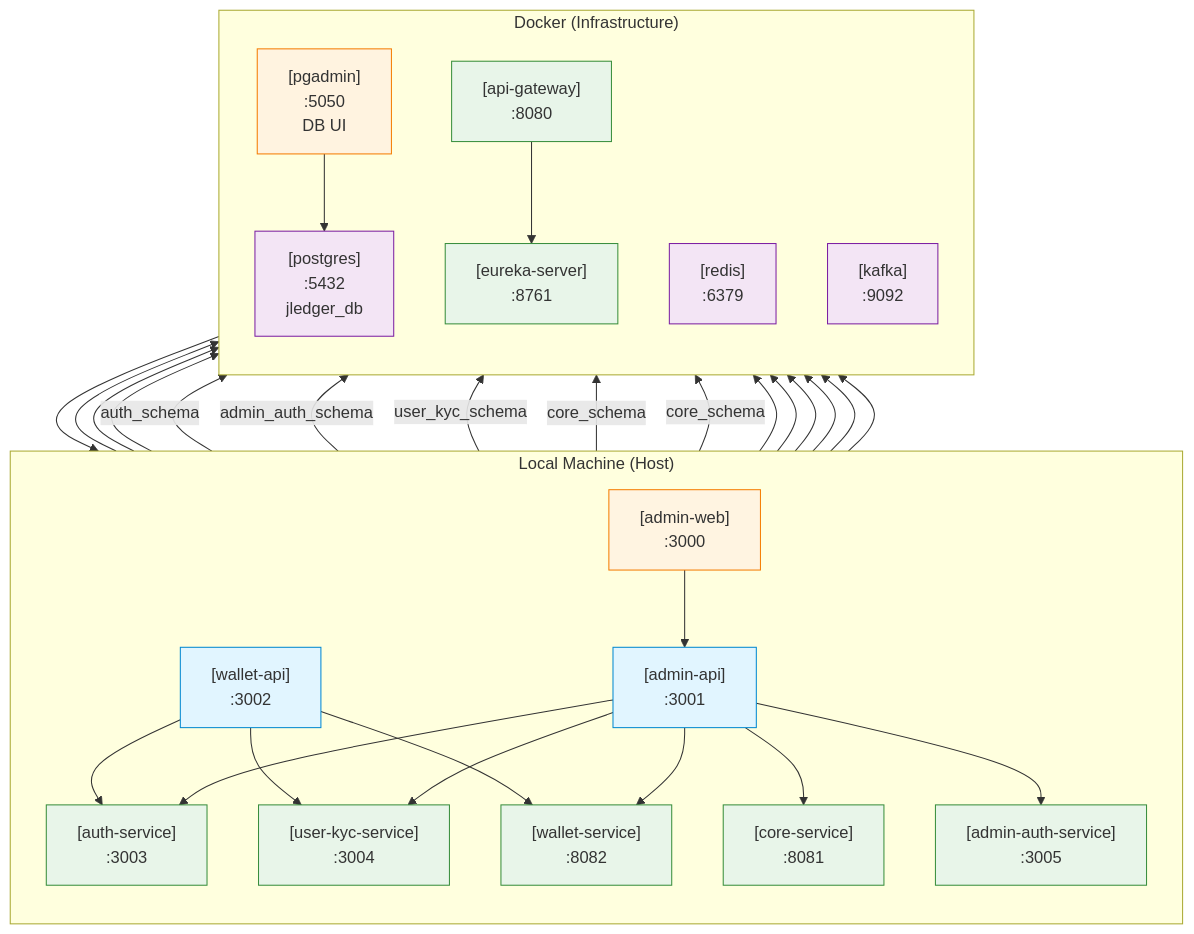
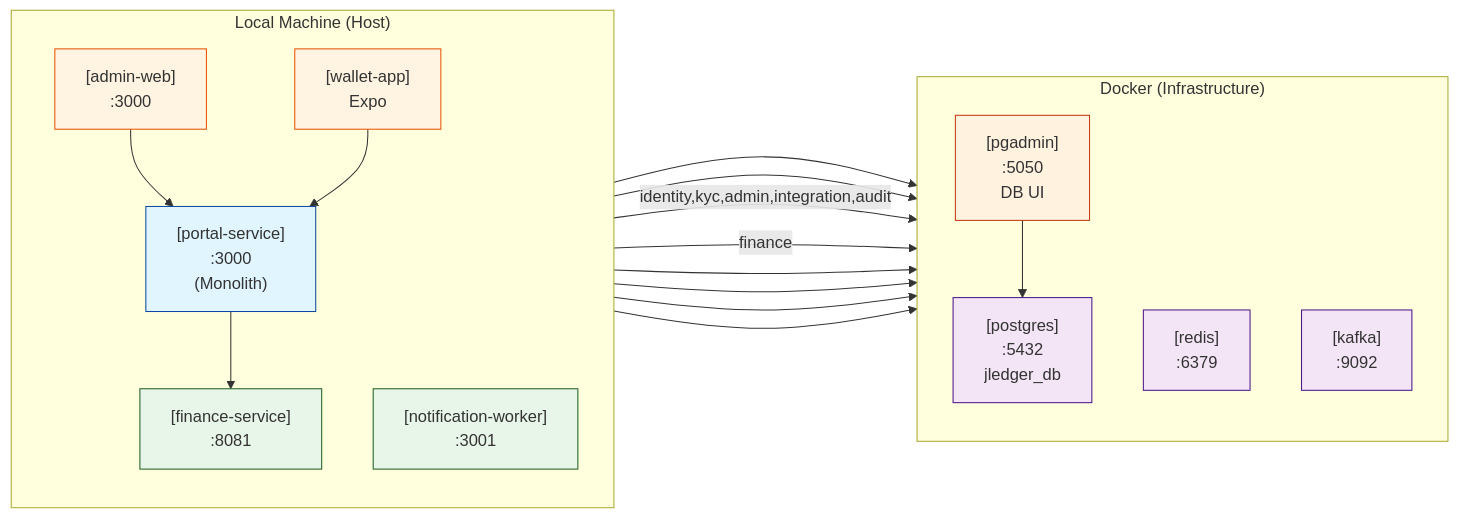
The first of 3 diagrams in network.md (wiiznu17/j-ledgar), drawn with Mermaid before and after one commit. The commit also changed other lines of this file and 45 other files, not shown here.

Commit message:
feat: implement internal auth security and scaffold new portal-service modules and controllers

````diff
--- a/network.md
+++ b/network.md
@@ -56,75 +48,49 @@
 ```mermaid
-graph TD
+graph LR
     subgraph "Local Machine (Host)"
         direction TB
         WEB["[admin-web]<br/>:3000"]
-        WAPI["[wallet-api]<br/>:3002"]
-        AAPI["[admin-api]<br/>:3001"]
-        AUTH["[auth-service]<br/>:3003"]
-        A_AUTH["[admin-auth-service]<br/>:3005"]
-        KYC["[user-kyc-service]<br/>:3004"]
-        CORE["[core-service]<br/>:8081"]
-        WALL["[wallet-service]<br/>:8082"]
+        APP["[wallet-app]<br/>Expo"]
+        PORTAL["[portal-service]<br/>:3000<br/>(Monolith)"]
+        FIN["[finance-service]<br/>:8081"]
+        WORK["[notification-worker]<br/>:3001"]
     end
 
     subgraph "Docker (Infrastructure)"
         direction TB
         PG["[postgres]<br/>:5432<br/>jledger_db"]
         REDIS["[redis]<br/>:6379"]
         KAFKA["[kafka]<br/>:9092"]
-        EURE["[eureka-server]<br/>:8761"]
-        GATE["[api-gateway]<br/>:8080"]
         PGADMIN["[pgadmin]<br/>:5050<br/>DB UI"]
     end
 
     %% Service Connections
-    WEB --> AAPI
-    WAPI --> GATE
-    WAPI --> AUTH
-    WAPI --> KYC
-    WAPI --> WALL
-    AAPI --> CORE
-    AAPI --> A_AUTH
-    AAPI --> KYC
-    AAPI --> WALL
-    AAPI --> AUTH
-    GATE --> CORE
+    WEB --> PORTAL
+    APP --> PORTAL
+    PORTAL --> FIN
+    WORK --> KAFKA
+    FIN --> KAFKA
     PGADMIN --> PG
 
-    %% Service Discovery
-    CORE --> EURE
-    WALL --> EURE
-    GATE --> EURE
-
     %% Database Connections
-    AUTH -->|auth_schema| PG
-    A_AUTH -->|admin_auth_schema| PG
-    KYC -->|user_kyc_schema| PG
-    CORE -->|core_schema| PG
-    WALL -->|core_schema| PG
+    PORTAL -->|identity,kyc,admin,integration,audit| PG
+    FIN -->|finance| PG
 
     %% Cache Connections
-    AUTH --> REDIS
-    A_AUTH --> REDIS
-    CORE --> REDIS
-    WALL --> REDIS
+    PORTAL --> REDIS
+    FIN --> REDIS
 
     %% Kafka Connections
-    CORE --> KAFKA
-    WALL --> KAFKA
+    FIN --> KAFKA
+    WORK --> KAFKA
 
-    style WEB fill:#fff4e1,stroke:#f57c00
-    style WAPI fill:#e1f5ff,stroke:#0288d1
-    style AAPI fill:#e1f5ff,stroke:#0288d1
-    style AUTH fill:#e8f5e9,stroke:#388e3c
-    style A_AUTH fill:#e8f5e9,stroke:#388e3c
-    style KYC fill:#e8f5e9,stroke:#388e3c
-    style CORE fill:#e8f5e9,stroke:#388e3c
-    style WALL fill:#e8f5e9,stroke:#388e3c
-    style PG fill:#f3e5f5,stroke:#7b1fa2
-    style REDIS fill:#f3e5f5,stroke:#7b1fa2
-    style KAFKA fill:#f3e5f5,stroke:#7b1fa2
-    style EURE fill:#e8f5e9,stroke:#388e3c
-    style GATE fill:#e8f5e9,stroke:#388e3c
-    style PGADMIN fill:#fff3e0,stroke:#f57c00
+    style WEB fill:#fff4e1,stroke:#e65100
+    style APP fill:#fff4e1,stroke:#e65100
+    style PORTAL fill:#e1f5ff,stroke:#0d47a1
+    style FIN fill:#e8f5e9,stroke:#1b5e20
+    style WORK fill:#e8f5e9,stroke:#1b5e20
+    style PG fill:#f3e5f5,stroke:#4a148c
+    style REDIS fill:#f3e5f5,stroke:#4a148c
+    style KAFKA fill:#f3e5f5,stroke:#4a148c
+    style PGADMIN fill:#fff3e0,stroke:#bf360c
 ```
````
